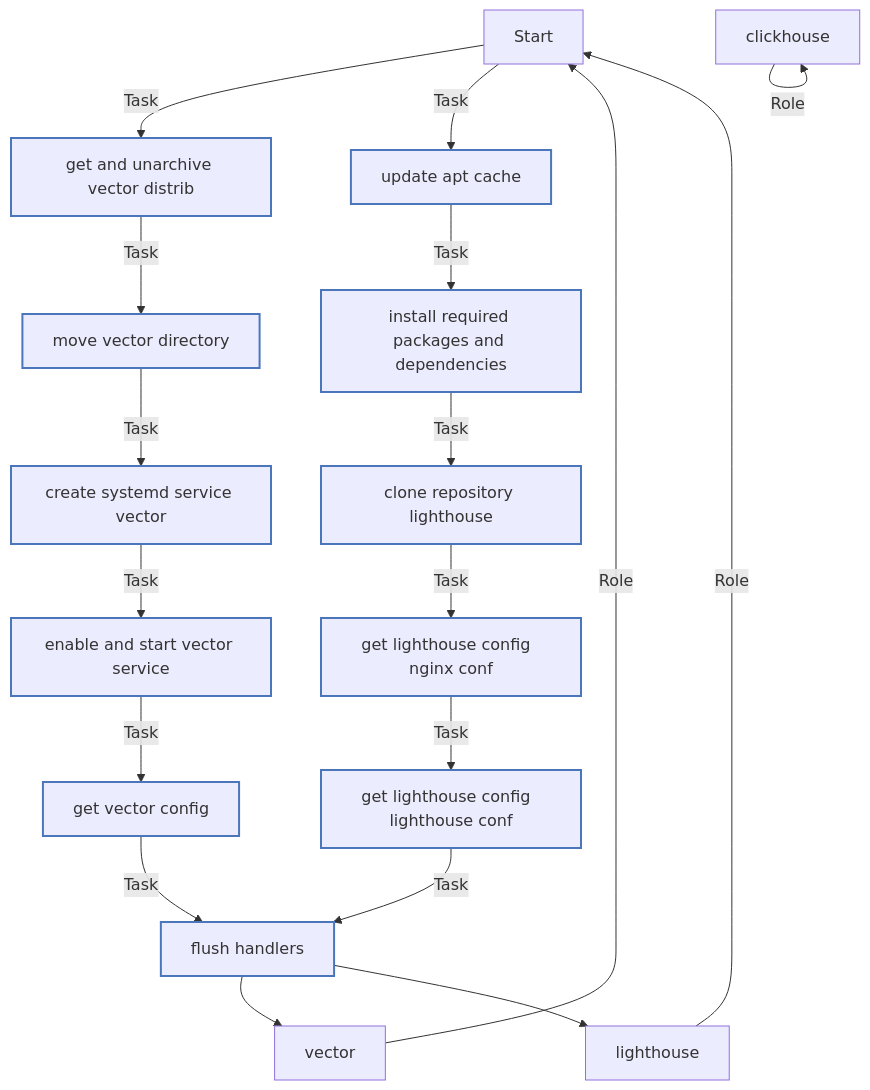
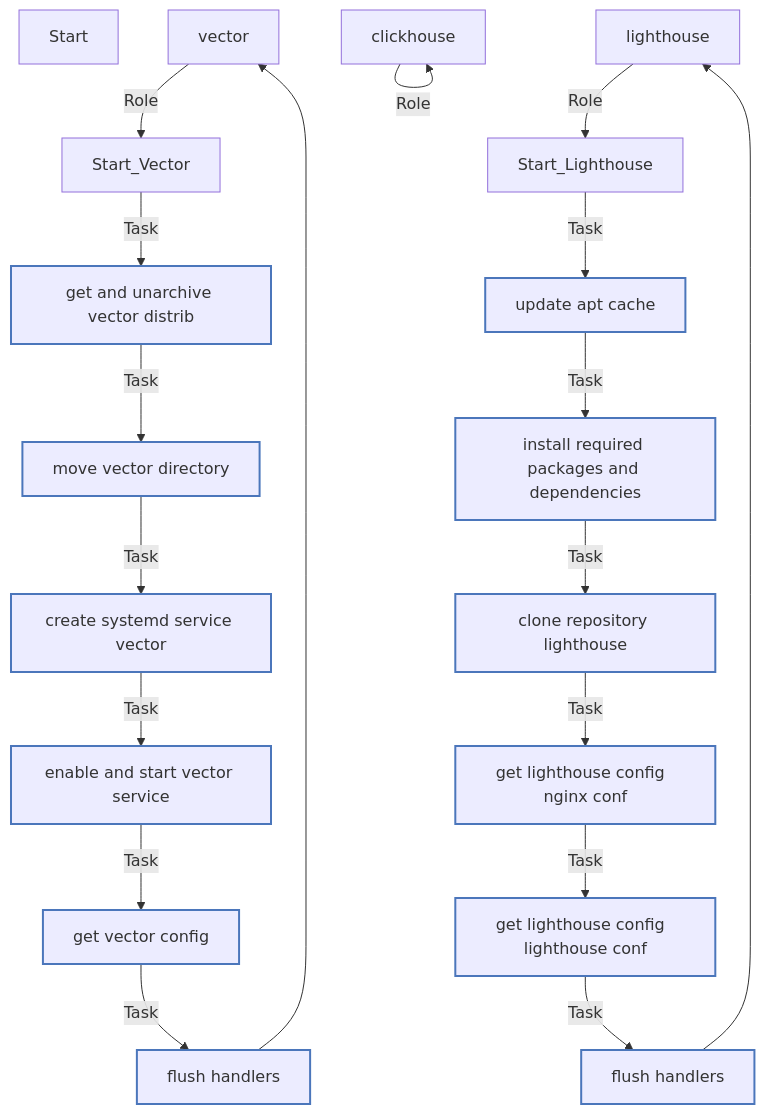
Before and after one commit to tvm2360/08-ansible-04-role: the diagram in README.md, drawn with Mermaid.

Commit message:
Add stage 1

````diff
--- a/README.md
+++ b/README.md
@@ -28,32 +28,32 @@
 ```mermaid
 flowchart TD
 Start
 classDef block stroke:#3498db,stroke-width:2px;
 classDef task stroke:#4b76bb,stroke-width:2px;
 classDef includeTasks stroke:#16a085,stroke-width:2px;
 classDef importTasks stroke:#34495e,stroke-width:2px;
 classDef includeRole stroke:#2980b9,stroke-width:2px;
 classDef importRole stroke:#699ba7,stroke-width:2px;
 classDef includeVars stroke:#8e44ad,stroke-width:2px;
 classDef rescue stroke:#665352,stroke-width:2px;
 
   clickhouse-->|Role| clickhouse[clickhouse]
 
-  vector-->|Role| Start
-  Start-->|Task| Get_and_Unarchive_vector_distrib0[get and unarchive vector distrib]:::task
+  vector-->|Role| Start_Vector
+  Start_Vector-->|Task| Get_and_Unarchive_vector_distrib0[get and unarchive vector distrib]:::task
   Get_and_Unarchive_vector_distrib0-->|Task| Move_vector_directory1[move vector directory]:::task
   Move_vector_directory1-->|Task| Create_systemd_service_Vector2[create systemd service vector]:::task
   Create_systemd_service_Vector2-->|Task| Enable_and_start_Vector_service3[enable and start vector service]:::task
   Enable_and_start_Vector_service3-->|Task| Get_vector_config4[get vector config]:::task
   Get_vector_config4-->|Task| Flush_handlers5[flush handlers]:::task
   Flush_handlers5-->vector[vector]
 
-  lighthouse-->|Role| Start
-  Start-->|Task| Update_apt_cache0[update apt cache]:::task
+  lighthouse-->|Role| Start_Lighthouse
+  Start_Lighthouse-->|Task| Update_apt_cache0[update apt cache]:::task
   Update_apt_cache0-->|Task| Install_required_packages_and_dependencies1[install required packages and dependencies]:::task
   Install_required_packages_and_dependencies1-->|Task| Clone_repository_lighthouse2[clone repository lighthouse]:::task
   Clone_repository_lighthouse2-->|Task| Get_lighthouse_config__nginx_conf_3[get lighthouse config  nginx conf ]:::task
   Get_lighthouse_config__nginx_conf_3-->|Task| Get_lighthouse_config__lighthouse_conf_4[get lighthouse config  lighthouse conf ]:::task
-  Get_lighthouse_config__lighthouse_conf_4-->|Task| Flush_handlers5[flush handlers]:::task
-  Flush_handlers5-->lighthouse[lighthouse]
+  Get_lighthouse_config__lighthouse_conf_4-->|Task| Flush_handlers6[flush handlers]:::task
+  Flush_handlers6-->lighthouse[lighthouse]
 ```
````
